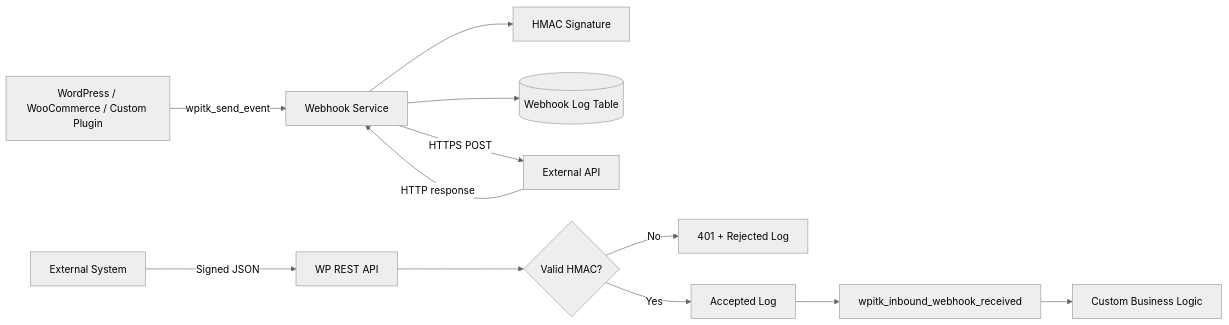
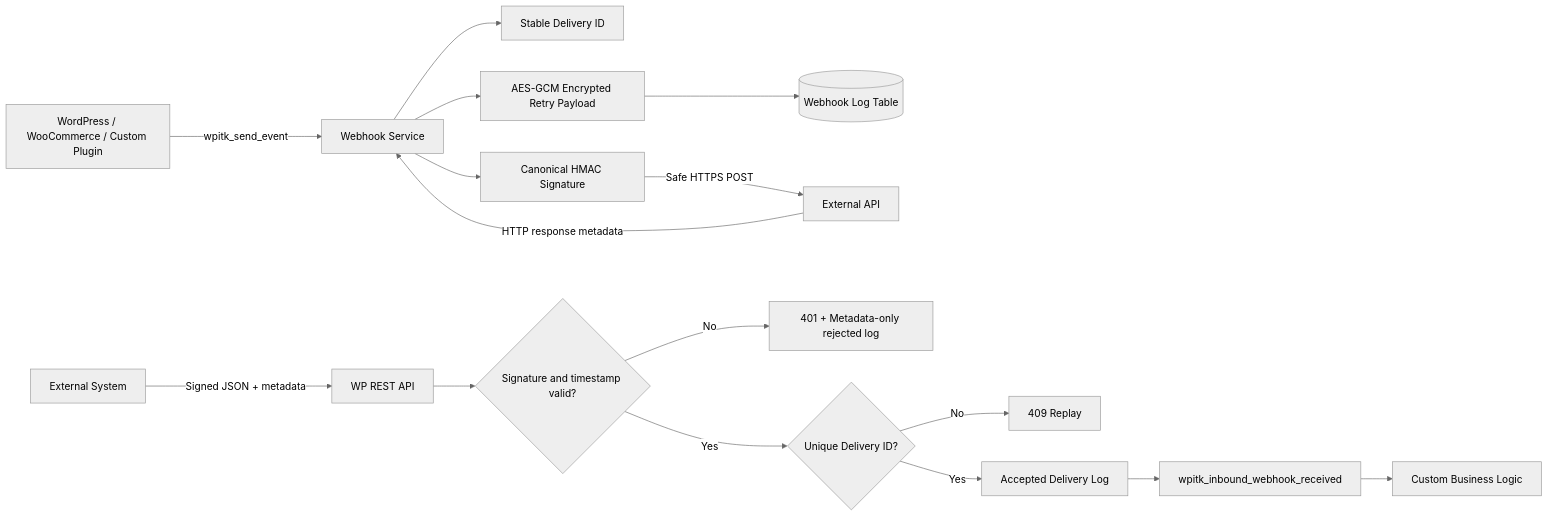
One commit to DagemawiDeveloper/wordpress-plugin-development-demo changed the diagram in docs/ARCHITECTURE.md. Above: the diagram before and after it, drawn with Mermaid (neutral theme). The commit also changed other lines of this file and 24 other files, not shown here.

````diff
--- a/docs/ARCHITECTURE.md
+++ b/docs/ARCHITECTURE.md
@@ -3,15 +3,19 @@
 ```mermaid
 flowchart LR
     A[WordPress / WooCommerce / Custom Plugin] -->|wpitk_send_event| B[Webhook Service]
-    B --> C[HMAC Signature]
-    B --> D[(Webhook Log Table)]
-    B -->|HTTPS POST| E[External API]
-    E -->|HTTP response| B
+    B --> C[Stable Delivery ID]
+    B --> D[AES-GCM Encrypted Retry Payload]
+    D --> E[(Webhook Log Table)]
+    B --> F[Canonical HMAC Signature]
+    F -->|Safe HTTPS POST| G[External API]
+    G -->|HTTP response metadata| B
 
-    F[External System] -->|Signed JSON| G[WP REST API]
-    G --> H{Valid HMAC?}
-    H -->|No| I[401 + Rejected Log]
-    H -->|Yes| J[Accepted Log]
-    J --> K[wpitk_inbound_webhook_received]
-    K --> L[Custom Business Logic]
+    H[External System] -->|Signed JSON + metadata| I[WP REST API]
+    I --> J{Signature and timestamp valid?}
+    J -->|No| K[401 + Metadata-only rejected log]
+    J -->|Yes| L{Unique Delivery ID?}
+    L -->|No| M[409 Replay]
+    L -->|Yes| N[Accepted Delivery Log]
+    N --> O[wpitk_inbound_webhook_received]
+    O --> P[Custom Business Logic]
 ```
````
